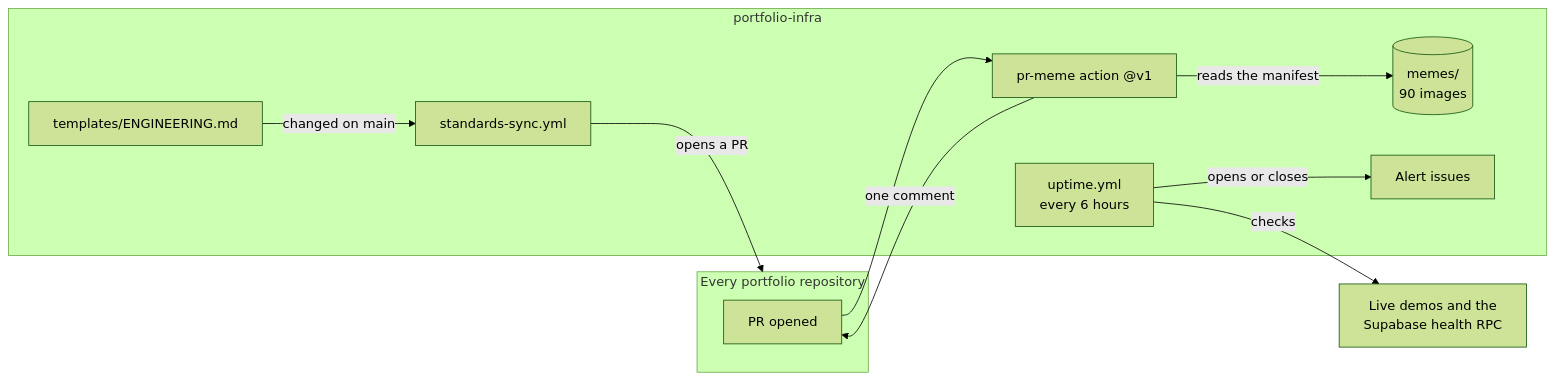
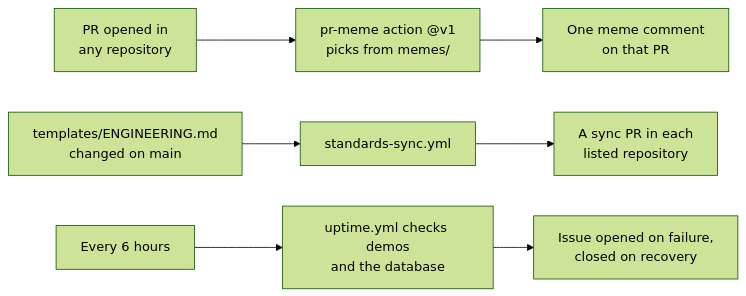
The second of 2 diagrams in README.md (adam-riffi/portfolio-infra), drawn with Mermaid (forest theme) before and after one commit. The commit also changed other lines of this file, not shown here.

Commit message:
docs(readme): make both diagrams readable at GitHub width

````diff
--- a/README.md
+++ b/README.md
@@ -130,21 +130,6 @@
 ```mermaid
 flowchart LR
-  subgraph repos["Every portfolio repository"]
-    pr["PR opened"]
-  end
-  subgraph infra["portfolio-infra"]
-    action["pr-meme action @v1"]
-    pool[("memes/<br/>90 images")]
-    template["templates/ENGINEERING.md"]
-    sync["standards-sync.yml"]
-    uptime["uptime.yml<br/>every 6 hours"]
-    issues["Alert issues"]
-  end
-  pr --> action
-  action -- reads the manifest --> pool
-  action -- one comment --> pr
-  template -- changed on main --> sync
-  sync -- opens a PR --> repos
-  uptime -- checks --> demos["Live demos and the<br/>Supabase health RPC"]
-  uptime -- opens or closes --> issues
+  pr["PR opened in<br/>any repository"] --> action["pr-meme action @v1<br/>picks from memes/"] --> comment["One meme comment<br/>on that PR"]
+  change["templates/ENGINEERING.md<br/>changed on main"] --> sync["standards-sync.yml"] --> prs["A sync PR in each<br/>listed repository"]
+  timer["Every 6 hours"] --> uptime["uptime.yml checks demos<br/>and the database"] --> issue["Issue opened on failure,<br/>closed on recovery"]
 ```
````
